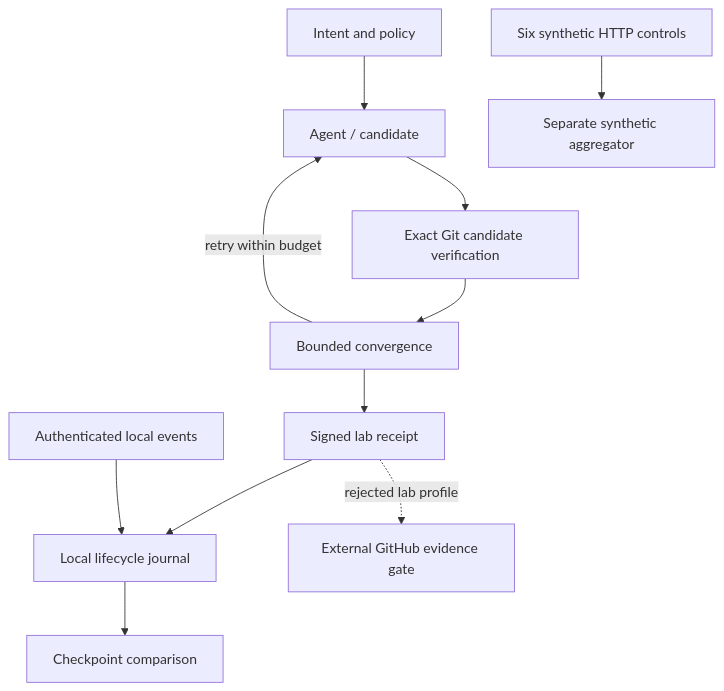
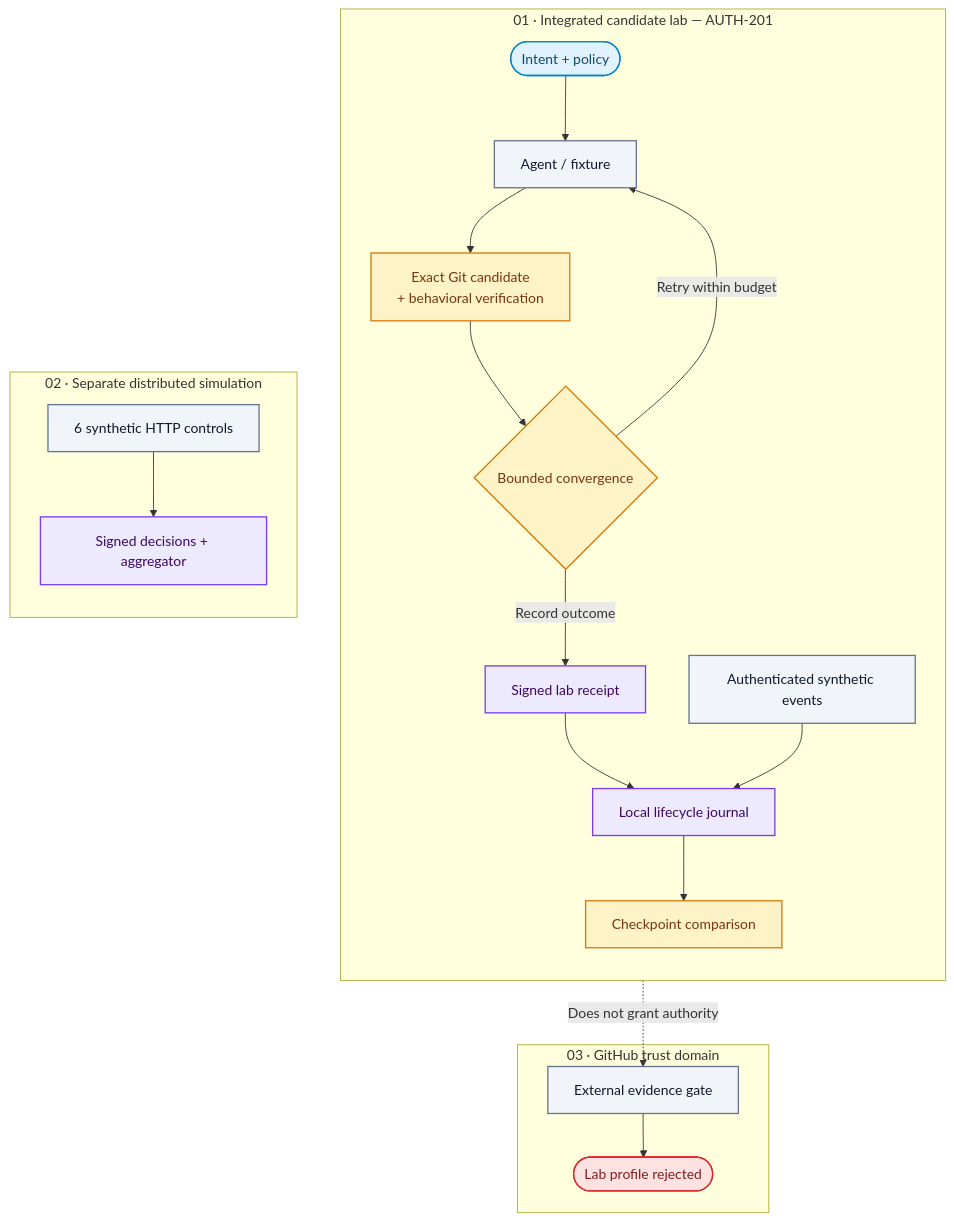
One commit to brunovicco/intent-to-merge-governance changed the first of 2 diagrams in README.md. Above: the diagram before and after it, drawn with Mermaid. The commit also changed other lines of this file and 2 other files, not shown here.

Commit message:
docs: redesign bilingual README with badges and architecture diagrams

````diff
--- a/README.md
+++ b/README.md
@@ -13,13 +57,30 @@
 ```mermaid
-flowchart TD
-    A[Intent and policy] --> B[Agent / candidate]
-    B --> C[Exact Git candidate verification]
-    C --> D[Bounded convergence]
-    D -->|retry within budget| B
-    D --> E[Signed lab receipt]
-    E --> F[Local lifecycle journal]
-    G[Authenticated local events] --> F
-    F --> H[Checkpoint comparison]
-    E -. rejected lab profile .-> I[External GitHub evidence gate]
-    J[Six synthetic HTTP controls] --> K[Separate synthetic aggregator]
+flowchart TB
+    classDef intent fill:#E0F2FE,stroke:#0284C7,color:#0C4A6E,stroke-width:1.5px;
+    classDef agent fill:#F1F5F9,stroke:#64748B,color:#0F172A,stroke-width:1.5px;
+    classDef verify fill:#FEF3C7,stroke:#D97706,color:#78350F,stroke-width:1.5px;
+    classDef evidence fill:#EDE9FE,stroke:#7C3AED,color:#3B0764,stroke-width:1.5px;
+    classDef ok fill:#DCFCE7,stroke:#16A34A,color:#14532D,stroke-width:1.5px;
+    classDef block fill:#FEE2E2,stroke:#DC2626,color:#7F1D1D,stroke-width:1.5px;
+    subgraph L["01 · Integrated candidate lab — AUTH-201"]
+        direction TB
+        A(["Intent + policy"]):::intent --> B["Agent / fixture"]:::agent
+        B --> C["Exact Git candidate<br/>+ behavioral verification"]:::verify
+        C --> D{"Bounded convergence"}:::verify
+        D -->|Retry within budget| B
+        D -->|Record outcome| E["Signed lab receipt"]:::evidence
+        E --> F["Local lifecycle journal"]:::evidence
+        G["Authenticated synthetic events"]:::agent --> F
+        F --> H["Checkpoint comparison"]:::verify
+    end
+    subgraph S["02 · Separate distributed simulation"]
+        direction TB
+        J["6 synthetic HTTP controls"]:::agent --> K["Signed decisions + aggregator"]:::evidence
+    end
+    subgraph R["03 · GitHub trust domain"]
+        I["External evidence gate"]:::agent
+        X(["Lab profile rejected"]):::block
+        I --> X
+    end
+    E -.->|Does not grant authority| I
 ```
````
